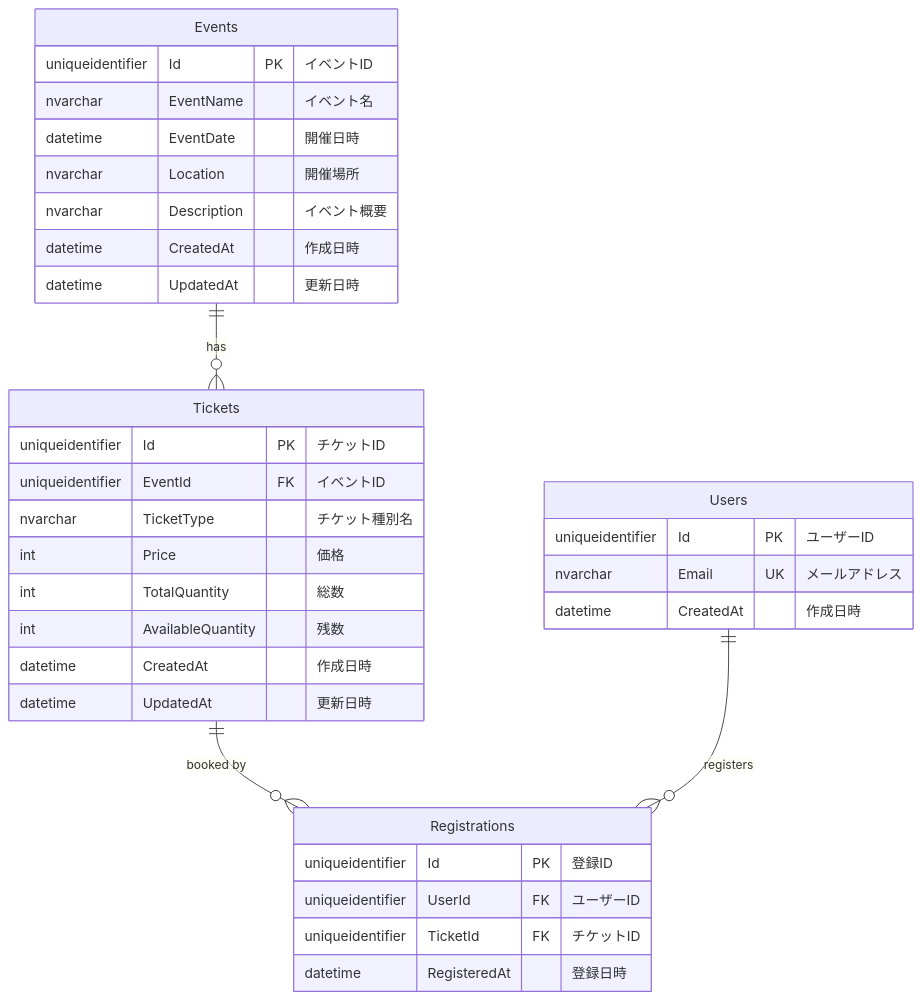
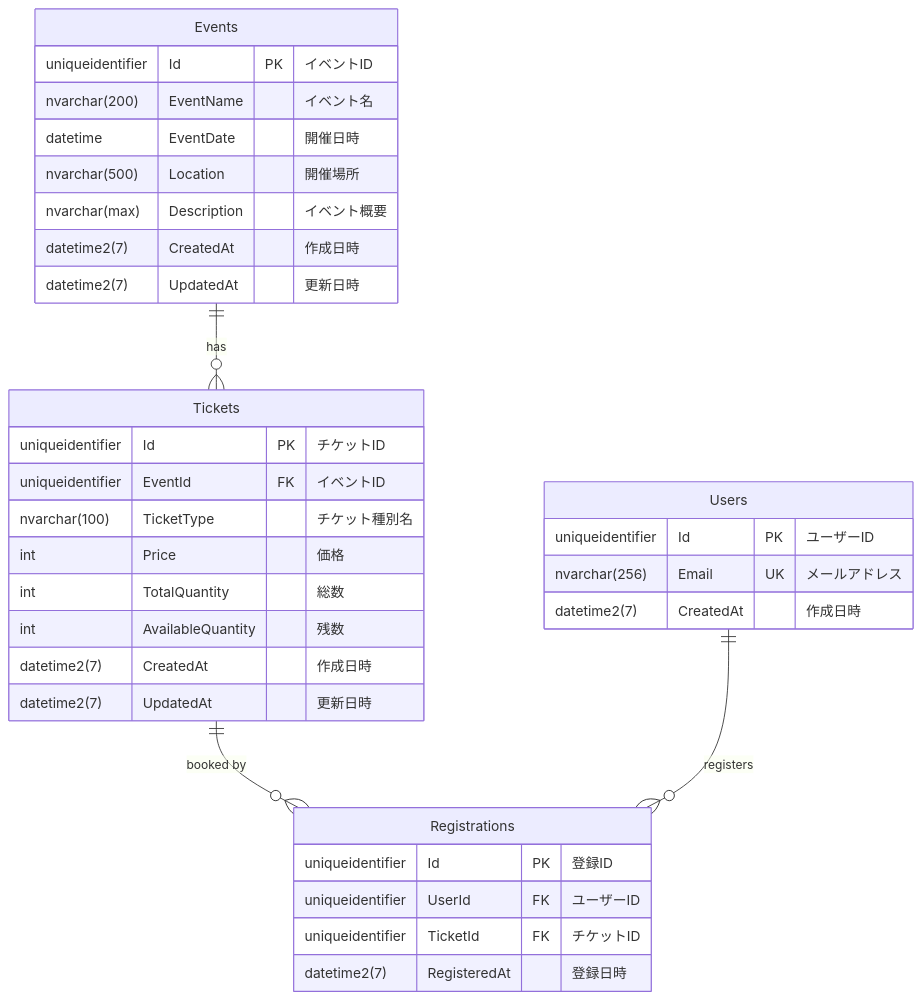
One commit to kazakht/event-registration-system changed the diagram in docs/er-diagram.md. Above: the diagram before and after it, drawn with Mermaid.

Commit message:
Update ER diagram with data type changes

````diff
--- a/docs/er-diagram.md
+++ b/docs/er-diagram.md
@@ -5,40 +5,40 @@
 ```mermaid
 erDiagram
     Events ||--o{ Tickets : "has"
     Tickets ||--o{ Registrations : "booked by"
     Users ||--o{ Registrations : "registers"
 
     Events {
         uniqueidentifier Id PK "イベントID"
-        nvarchar EventName "イベント名"
+        nvarchar(200) EventName "イベント名"
         datetime EventDate "開催日時"
-        nvarchar Location "開催場所"
-        nvarchar Description "イベント概要"
-        datetime CreatedAt "作成日時"
-        datetime UpdatedAt "更新日時"
+        nvarchar(500) Location "開催場所"
+        nvarchar(max) Description "イベント概要"
+        datetime2(7) CreatedAt "作成日時"
+        datetime2(7) UpdatedAt "更新日時"
     }
 
     Tickets {
         uniqueidentifier Id PK "チケットID"
         uniqueidentifier EventId FK "イベントID"
-        nvarchar TicketType "チケット種別名"
+        nvarchar(100) TicketType "チケット種別名"
         int Price "価格"
         int TotalQuantity "総数"
         int AvailableQuantity "残数"
-        datetime CreatedAt "作成日時"
-        datetime UpdatedAt "更新日時"
+        datetime2(7) CreatedAt "作成日時"
+        datetime2(7) UpdatedAt "更新日時"
     }
 
     Users {
         uniqueidentifier Id PK "ユーザーID"
-        nvarchar Email UK "メールアドレス"
-        datetime CreatedAt "作成日時"
+        nvarchar(256) Email UK "メールアドレス"
+        datetime2(7) CreatedAt "作成日時"
     }
 
     Registrations {
         uniqueidentifier Id PK "登録ID"
         uniqueidentifier UserId FK "ユーザーID"
         uniqueidentifier TicketId FK "チケットID"
-        datetime RegisteredAt "登録日時"
+        datetime2(7) RegisteredAt "登録日時"
     }
 ```
````
